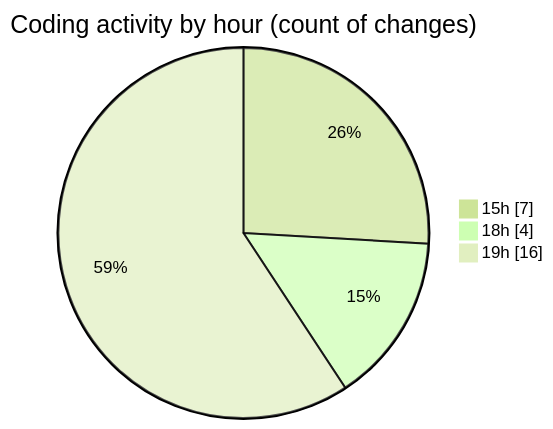
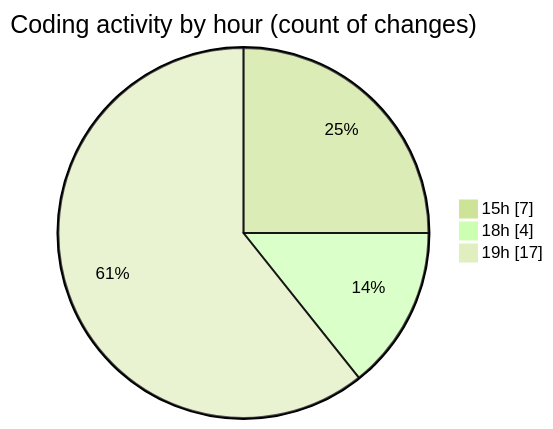
Before and after one commit to donsfak/code-tracking: the second of 2 diagrams in 2025-02-08/maps_clone/README.md, drawn with Mermaid (forest theme). The commit also changed other lines of this file and 1 other file, not shown here.

````diff
--- a/2025-02-08/maps_clone/README.md
+++ b/2025-02-08/maps_clone/README.md
@@ -30,7 +32,7 @@
 ```mermaid
 pie showData
 title Coding activity by hour (count of changes)
 "15h" : 7
 "18h" : 4
-"19h" : 16
+"19h" : 17
 ```
````
